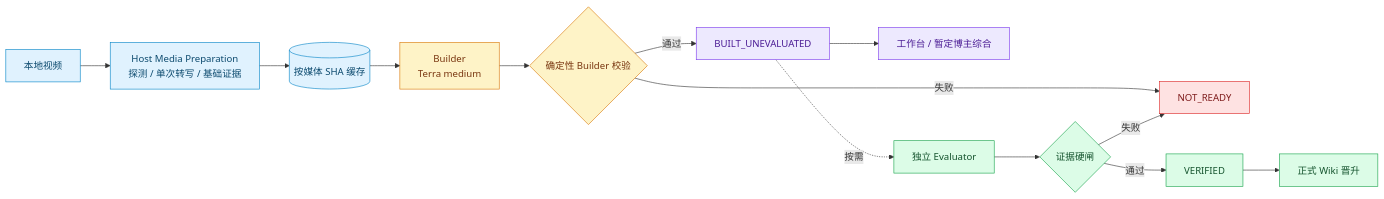
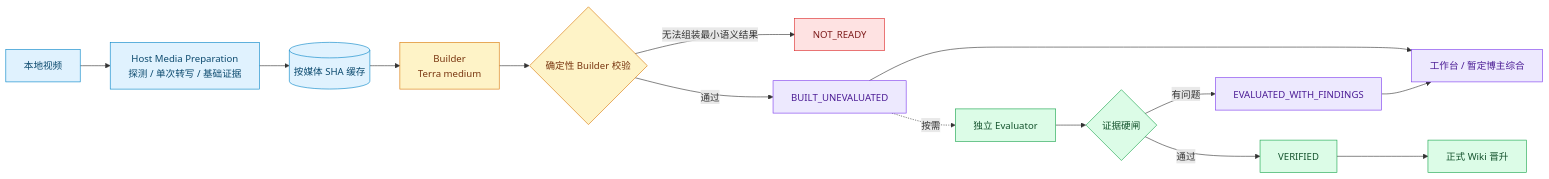
One commit to cyl19970726/self-media-content-intelligence changed the first of 2 diagrams in docs/initiatives/active/video-builder-fast-path-v1/design.md. Above: the diagram before and after it, drawn with Mermaid. The commit also changed other lines of this file and 17 other files, not shown here.

````diff
--- a/docs/initiatives/active/video-builder-fast-path-v1/design.md
+++ b/docs/initiatives/active/video-builder-fast-path-v1/design.md
@@ -7,26 +7,28 @@
 ```mermaid
 flowchart LR
     M[本地视频] --> P[Host Media Preparation\n探测 / 单次转写 / 基础证据]
     P --> C[(按媒体 SHA 缓存)]
     C --> B[Builder\nTerra medium]
     B --> D{确定性 Builder 校验}
-    D -->|失败| N[NOT_READY]
+    D -->|无法组装最小语义结果| N[NOT_READY]
     D -->|通过| U[BUILT_UNEVALUATED]
     U --> W[工作台 / 暂定博主综合]
     U -. 按需 .-> E[独立 Evaluator]
     E --> G{证据硬闸}
     G -->|通过| V[VERIFIED]
-    G -->|失败| N
+    G -->|有问题| F[EVALUATED_WITH_FINDINGS]
+    F --> W
     V --> K[正式 Wiki 晋升]
 
     classDef media fill:#e0f2fe,stroke:#0284c7,color:#0c4a6e
     classDef build fill:#fef3c7,stroke:#d97706,color:#78350f
     classDef provisional fill:#ede9fe,stroke:#7c3aed,color:#4c1d95
     classDef verified fill:#dcfce7,stroke:#16a34a,color:#14532d
     classDef failed fill:#fee2e2,stroke:#dc2626,color:#7f1d1d
     class M,P,C media
     class B,D build
     class U,W provisional
+    class F provisional
     class E,G,V,K verified
     class N failed
 ```
````
